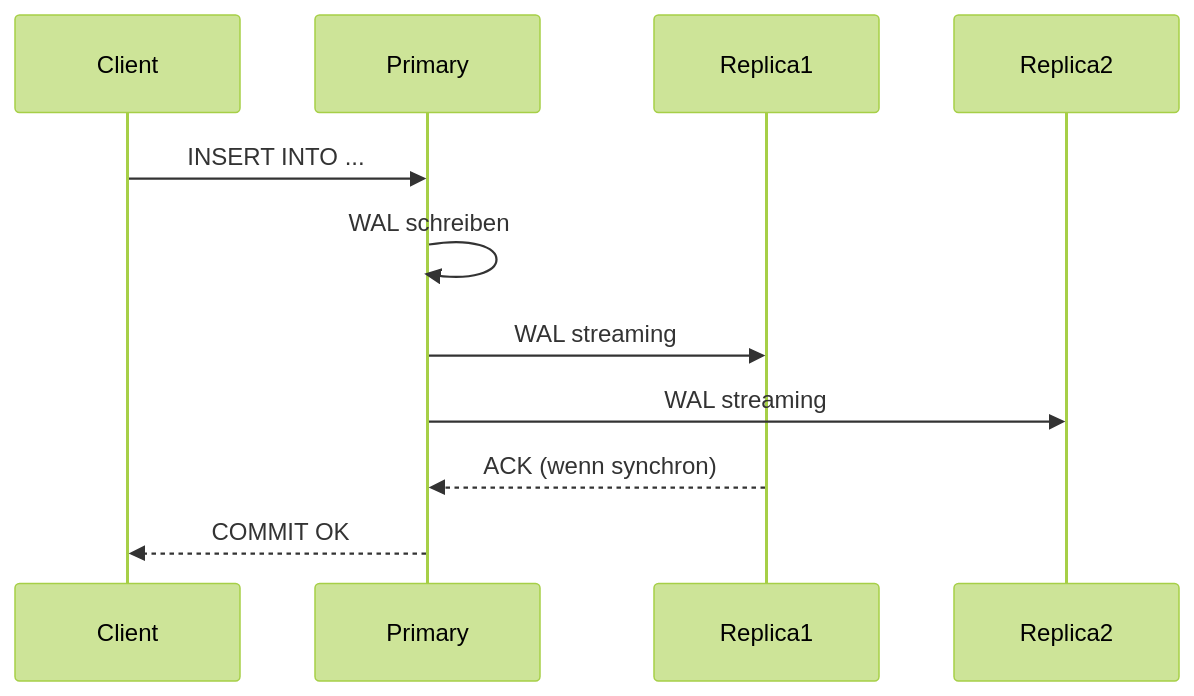
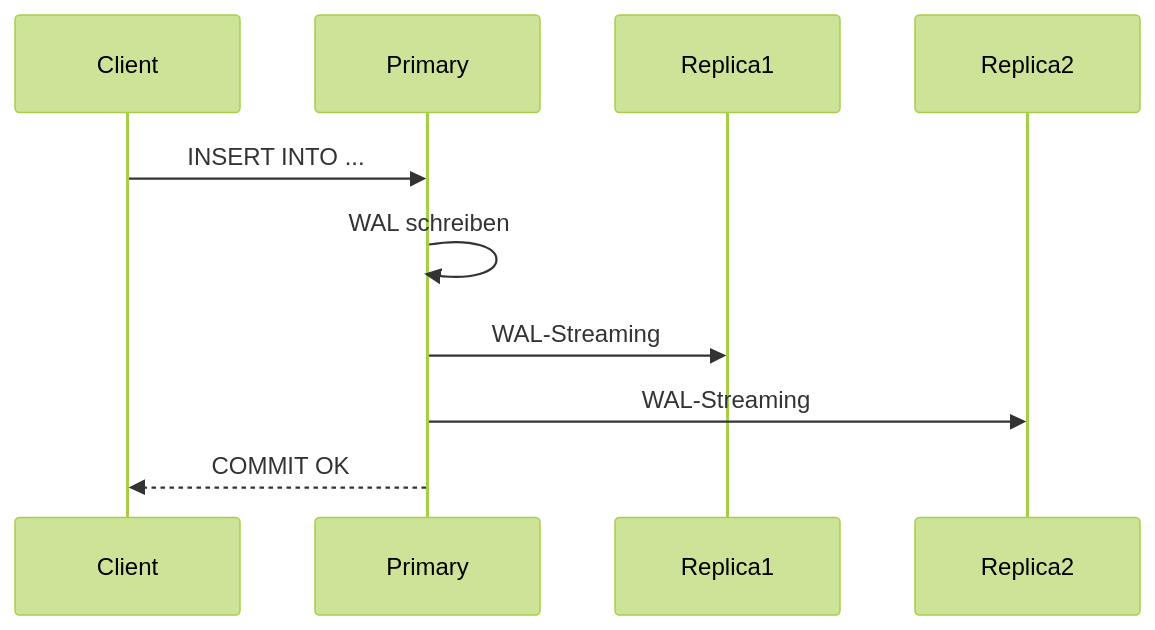
Before and after one commit to HidoraSwiss/hikube-public-doc: the second of 2 diagrams in i18n/de/docusaurus-plugin-content-docs/current/services/databases/postgresql/concepts.md, drawn with Mermaid (forest theme). The commit also changed other lines of this file and 148 other files, not shown here.

````diff
--- a/i18n/de/docusaurus-plugin-content-docs/current/services/databases/postgresql/concepts.md
+++ b/i18n/de/docusaurus-plugin-content-docs/current/services/databases/postgresql/concepts.md
@@ -81,14 +62,13 @@
 ```mermaid
 sequenceDiagram
     participant Client
     participant Primary
     participant Replica1
     participant Replica2
 
     Client->>Primary: INSERT INTO ...
     Primary->>Primary: WAL schreiben
-    Primary->>Replica1: WAL streaming
-    Primary->>Replica2: WAL streaming
-    Replica1-->>Primary: ACK (wenn synchron)
+    Primary->>Replica1: WAL-Streaming
+    Primary->>Replica2: WAL-Streaming
     Primary-->>Client: COMMIT OK
 ```
````
